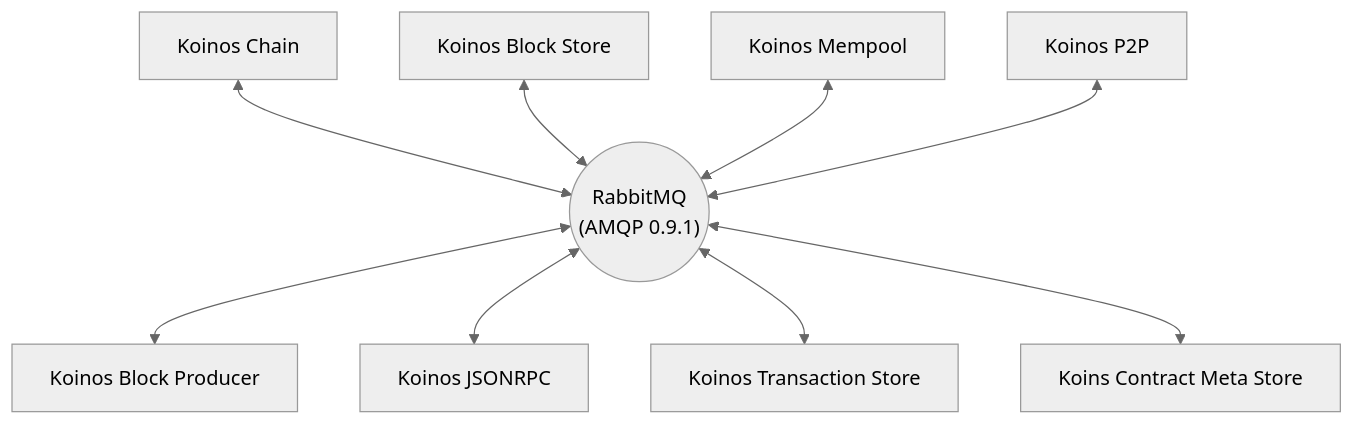
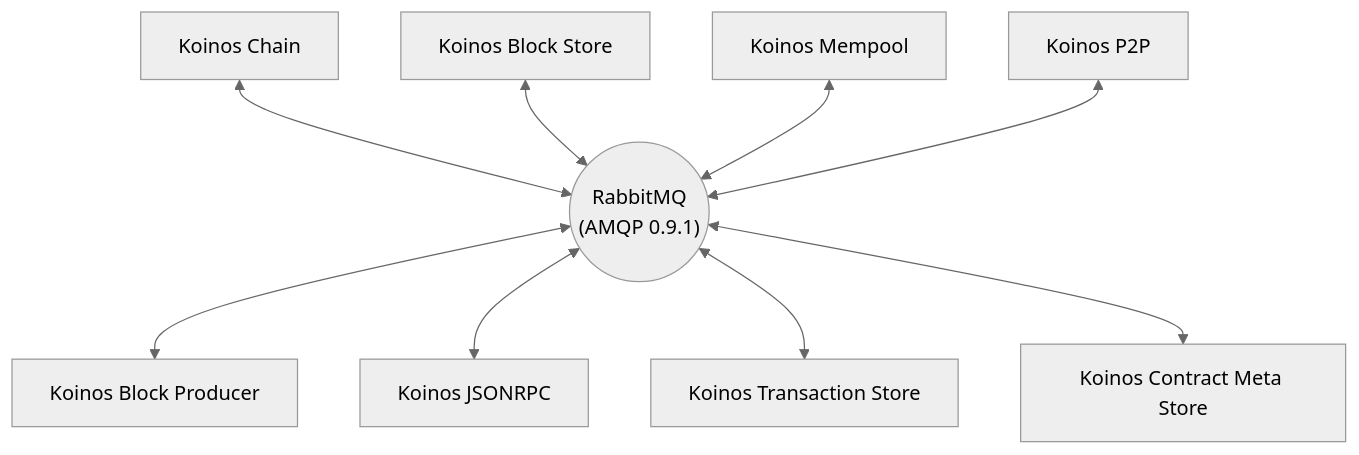
The diagram in docs/architecture/microservice.md (koinos/koinos-docs), drawn with Mermaid (neutral theme) before and after one commit.

````diff
--- a/docs/architecture/microservice.md
+++ b/docs/architecture/microservice.md
@@ -26,12 +26,12 @@
 ```mermaid::
 
    flowchart
       B[Koinos Chain] <--> A(("RabbitMQ\n(AMQP 0.9.1)"))
       C[Koinos Block Store] <--> A
       D[Koinos Mempool] <--> A
       E[Koinos P2P] <--> A
       A <--> F[Koinos Block Producer]
       A <--> G[Koinos JSONRPC]
       A <--> H[Koinos Transaction Store]
-      A <--> I[Koins Contract Meta Store]
+      A <--> I[Koinos Contract Meta Store]
 ```
````
